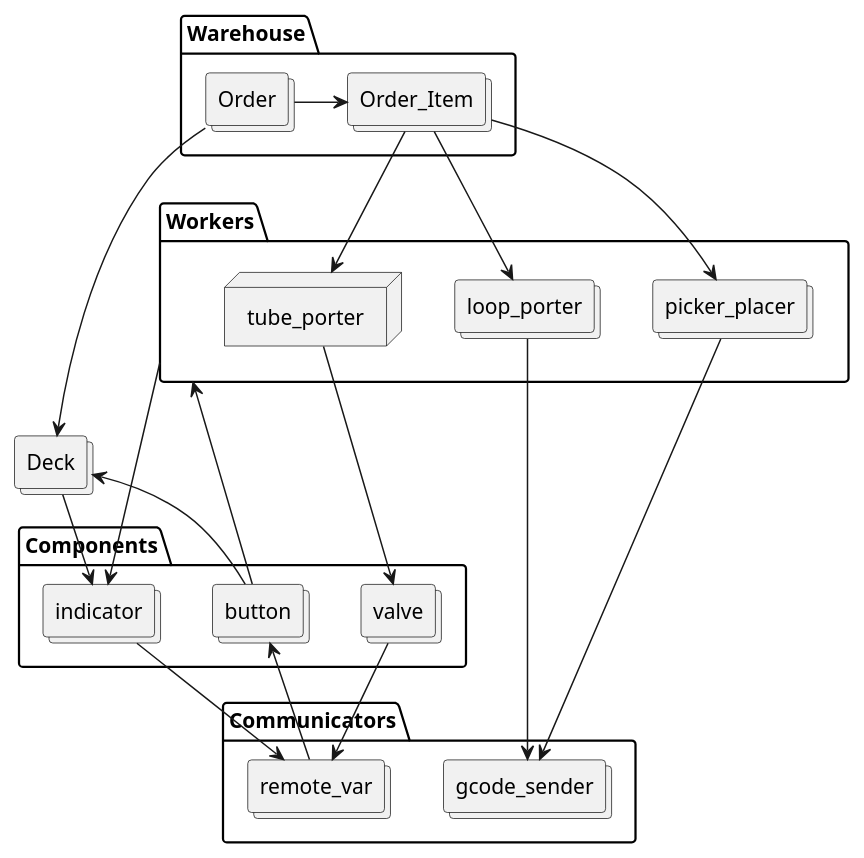
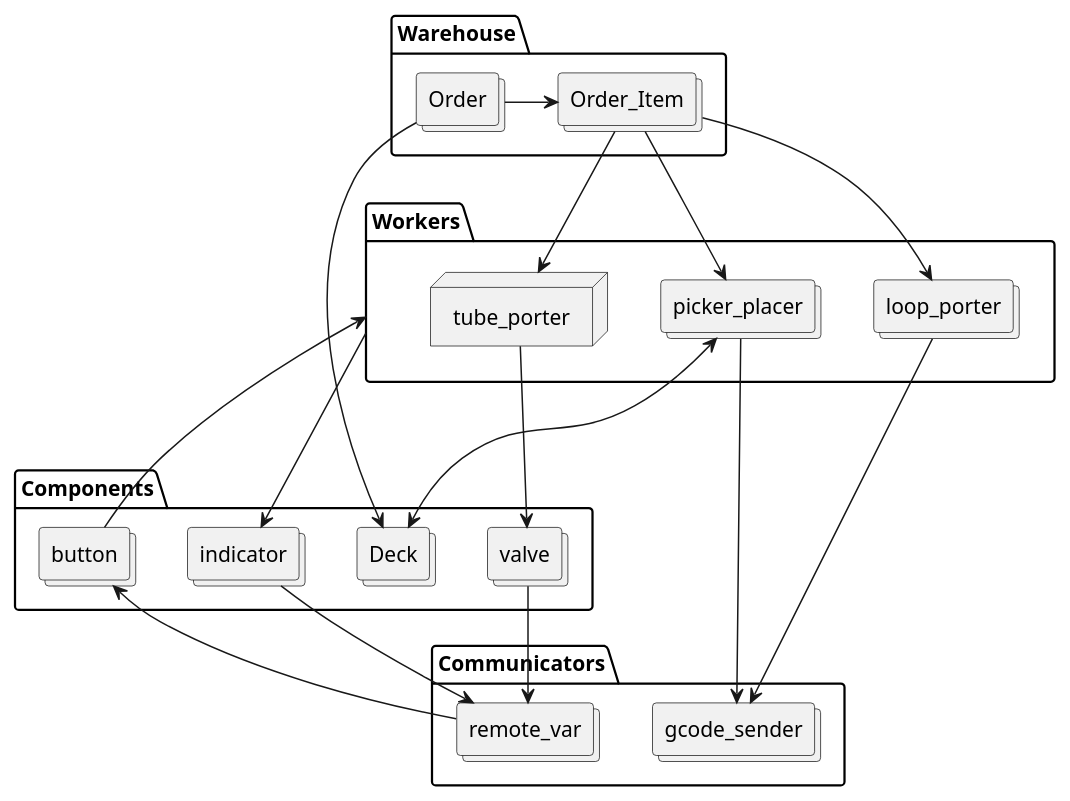
The diagram in apps/port1234/twh_wcs/docs/architecture.puml (voicevon/gobot_front), drawn with PlantUML before and after one commit. The commit also changed 9 other files, not shown here.

```diff
--- a/apps/port1234/twh_wcs/docs/architecture.puml
+++ b/apps/port1234/twh_wcs/docs/architecture.puml
@@ -1,43 +1,42 @@
 @startuml
 allowmixing
 
 folder Warehouse{
     collections Order
     collections Order_Item
     Order -> Order_Item
 }
 
 folder Workers{
     collections loop_porter
     collections picker_placer
     node tube_porter
 }
-collections Deck
-Order ---> Deck
 Order_Item --> loop_porter
 Order_Item -->picker_placer
 Order_Item --> tube_porter
 
 folder Components{
+    collections Deck
     collections indicator
     collections button
     collections valve
 }
-Deck --> indicator
-Deck <-- button
+Order ---> Deck
 Workers ---> indicator
 tube_porter ---> valve
 Workers <--- button
+picker_placer <--> Deck
 
 
 folder Communicators{
     collections gcode_sender
     collections remote_var
 }
 loop_porter ---> gcode_sender
 picker_placer ---> gcode_sender
 indicator --> remote_var
 valve --> remote_var
 button <-- remote_var
 
 @enduml
```
